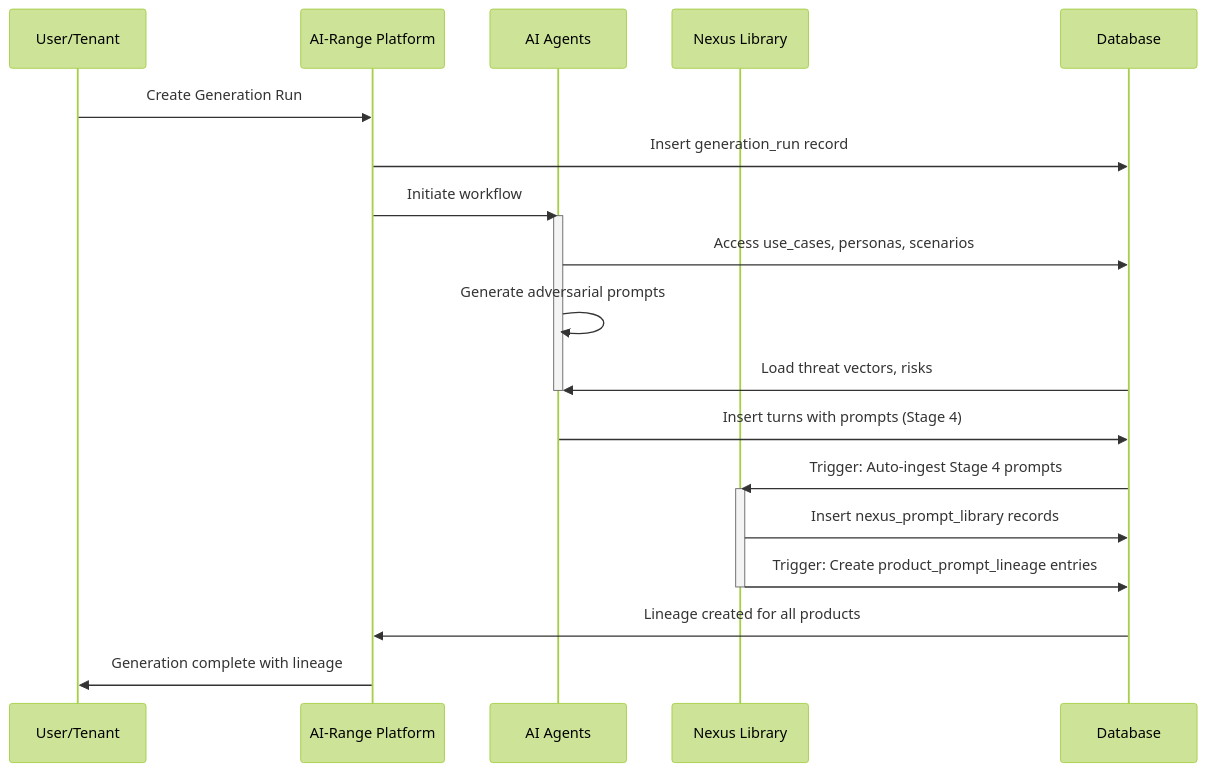
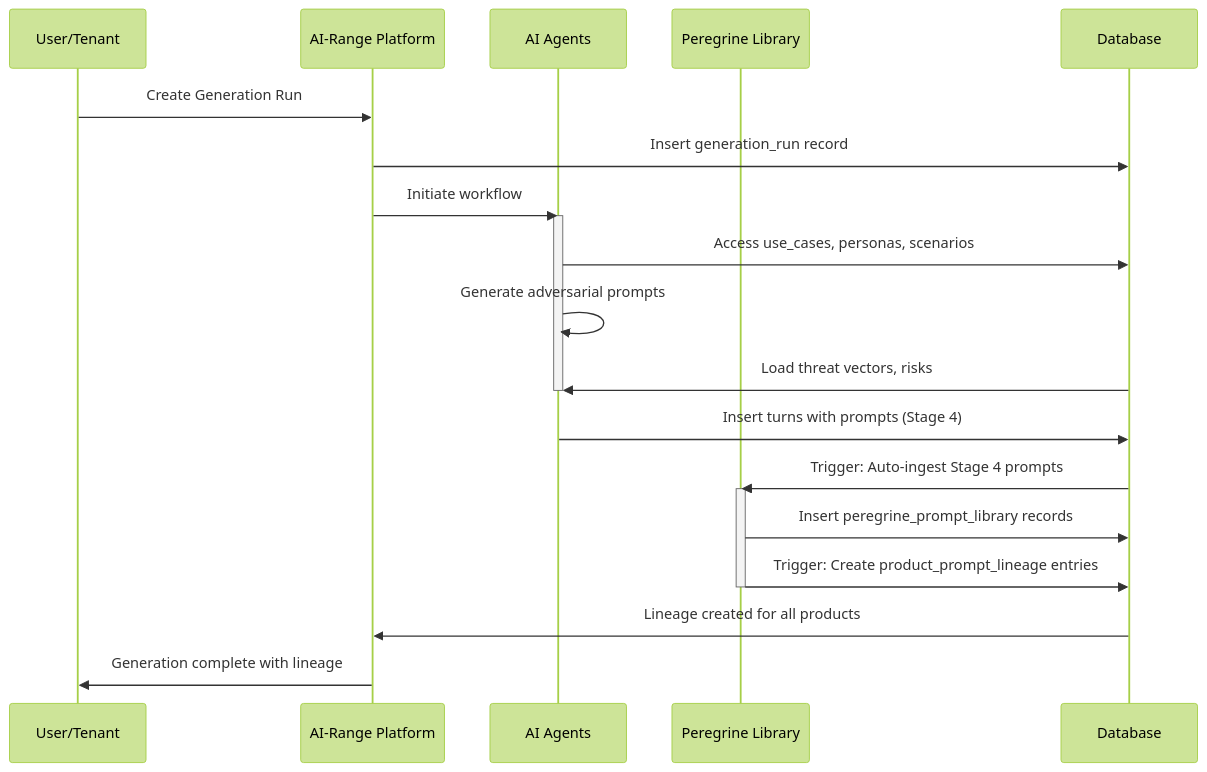
The fourth of 4 diagrams in docs/archive/AI-Range & Nexus Unified Platform .md (Optica-Labs/database_design), drawn with Mermaid (forest theme) before and after one commit. The commit also changed other lines of this file and 109 other files, not shown here.

````diff
--- a/docs/archive/AI-Range & Nexus Unified Platform .md
+++ b/docs/archive/AI-Range & Nexus Unified Platform .md
@@ -398,29 +398,29 @@
 ```mermaid
 sequenceDiagram
     participant User as User/Tenant
     participant AiRange as AI-Range Platform
     participant Agent as AI Agents
-    participant Nexus as Nexus Library
+    participant Peregrine as Peregrine Library
     participant DB as Database
     
     User->>AiRange: Create Generation Run
     AiRange->>DB: Insert generation_run record
     AiRange->>Agent: Initiate workflow
     
     activate Agent
     Agent->>DB: Access use_cases, personas, scenarios
     Agent->>Agent: Generate adversarial prompts
     DB->>Agent: Load threat vectors, risks
     deactivate Agent
     
     Agent->>DB: Insert turns with prompts (Stage 4)
-    DB->>Nexus: Trigger: Auto-ingest Stage 4 prompts
+    DB->>Peregrine: Trigger: Auto-ingest Stage 4 prompts
     
-    activate Nexus
-    Nexus->>DB: Insert nexus_prompt_library records
-    Nexus->>DB: Trigger: Create product_prompt_lineage entries
-    deactivate Nexus
+    activate Peregrine
+    Peregrine->>DB: Insert peregrine_prompt_library records
+    Peregrine->>DB: Trigger: Create product_prompt_lineage entries
+    deactivate Peregrine
     
     DB->>AiRange: Lineage created for all products
     AiRange->>User: Generation complete with lineage
 ```
````
